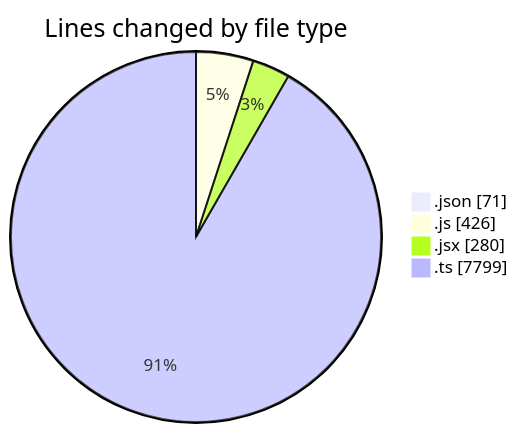
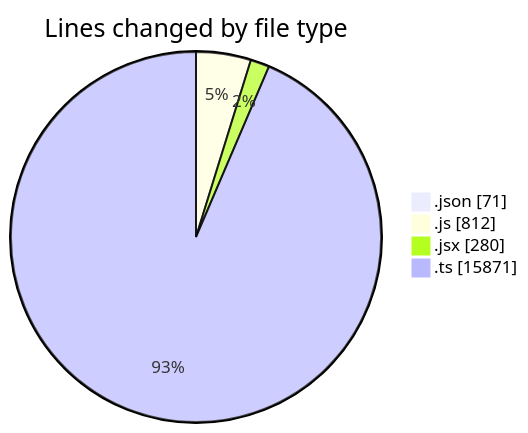
The first of 2 diagrams in 2025-05-13/cda/README.md (momahboobian/code-tracking), drawn with Mermaid before and after one commit. The commit also changed other lines of this file and 1 other file, not shown here.

````diff
--- a/2025-05-13/cda/README.md
+++ b/2025-05-13/cda/README.md
@@ -26,8 +29,8 @@
 ```mermaid
 pie showData
 title Lines changed by file type
 ".json" : 71
-".js" : 426
+".js" : 812
 ".jsx" : 280
-".ts" : 7799
+".ts" : 15871
 ```
````
